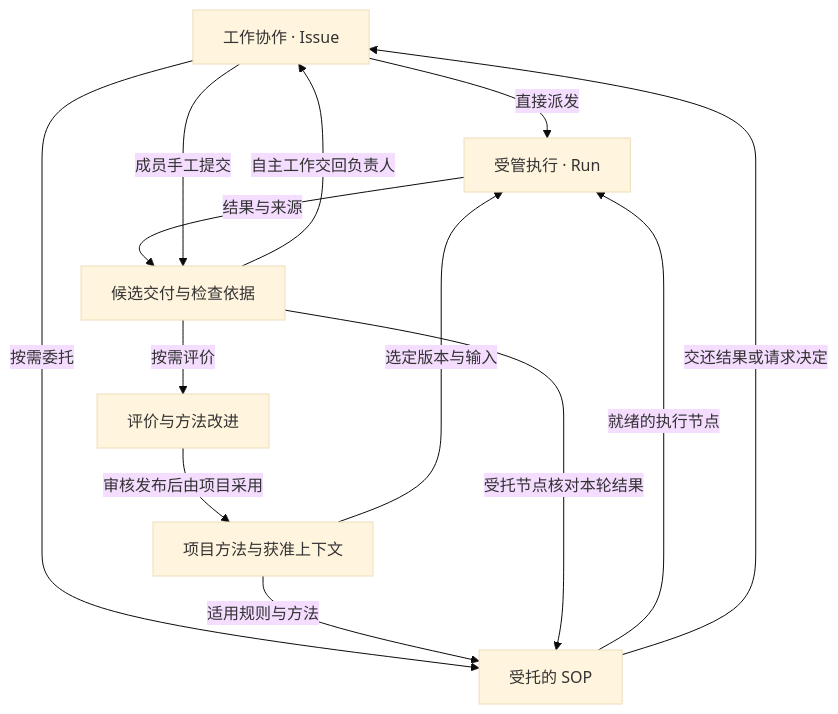
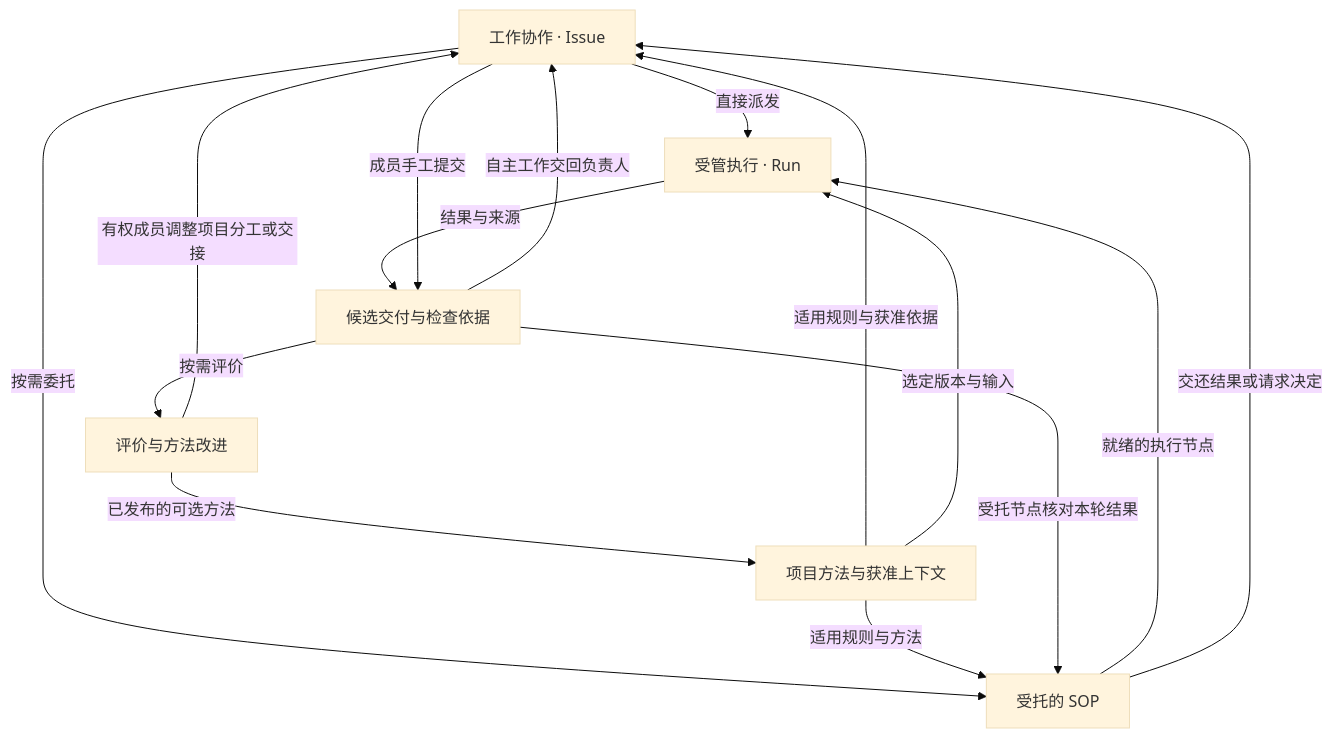
The diagram in docs/architecture/overview.md (ScWen7/Issues), drawn with Mermaid (base theme) before and after one commit. The commit also changed other lines of this file and 6 other files, not shown here.

````diff
--- a/docs/architecture/overview.md
+++ b/docs/architecture/overview.md
@@ -33,21 +33,23 @@
 ```mermaid
 flowchart TD
     I["工作协作 · Issue"]
     M["项目方法与获准上下文"]
     S["受托的 SOP"]
     R["受管执行 · Run"]
     D["候选交付与检查依据"]
     Q["评价与方法改进"]
     I -->|直接派发| R
     I -->|按需委托| S
+    M -->|适用规则与获准依据| I
     M -->|选定版本与输入| R
     M -->|适用规则与方法| S
     S -->|就绪的执行节点| R
     S -->|交还结果或请求决定| I
     R -->|结果与来源| D
     I -->|成员手工提交| D
     D -->|受托节点核对本轮结果| S
     D -->|自主工作交回负责人| I
     D -->|按需评价| Q
-    Q -->|审核发布后由项目采用| M
+    Q -->|已发布的可选方法| M
+    Q -->|有权成员调整项目分工或交接| I
 ```
````
